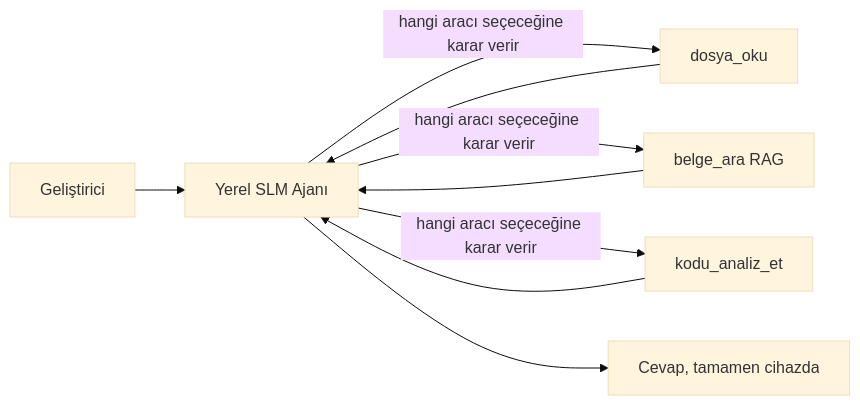
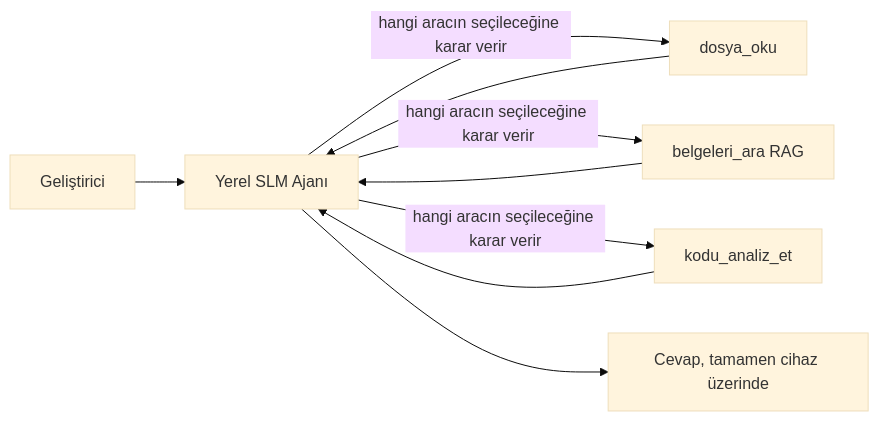
One commit to microsoft/ai-agents-for-beginners changed the first of 4 diagrams in translations/tr/17-creating-local-ai-agents/README.md. Above: the diagram before and after it, drawn with Mermaid (base theme). The commit also changed other lines of this file and 47 other files, not shown here.

````diff
--- a/translations/tr/17-creating-local-ai-agents/README.md
+++ b/translations/tr/17-creating-local-ai-agents/README.md
@@ -66,11 +66,11 @@
 ```mermaid
 flowchart LR
     U[Geliştirici] --> A[Yerel SLM Ajanı]
-    A -->|hangi aracı seçeceğine karar verir| T1[dosya_oku]
-    A -->|hangi aracı seçeceğine karar verir| T2[belge_ara RAG]
-    A -->|hangi aracı seçeceğine karar verir| T3[kodu_analiz_et]
+    A -->|hangi aracın seçileceğine karar verir| T1[dosya_oku]
+    A -->|hangi aracın seçileceğine karar verir| T2[belgeleri_ara RAG]
+    A -->|hangi aracın seçileceğine karar verir| T3[kodu_analiz_et]
     T1 --> A
     T2 --> A
     T3 --> A
-    A --> R[Cevap, tamamen cihazda]
+    A --> R[Cevap, tamamen cihaz üzerinde]
 ```
````
